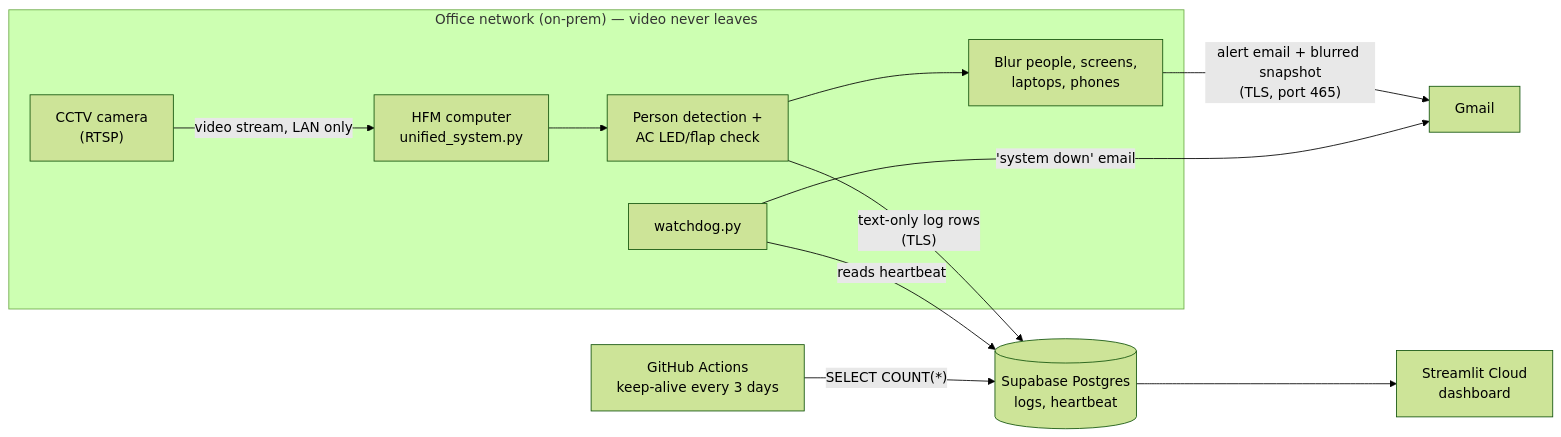
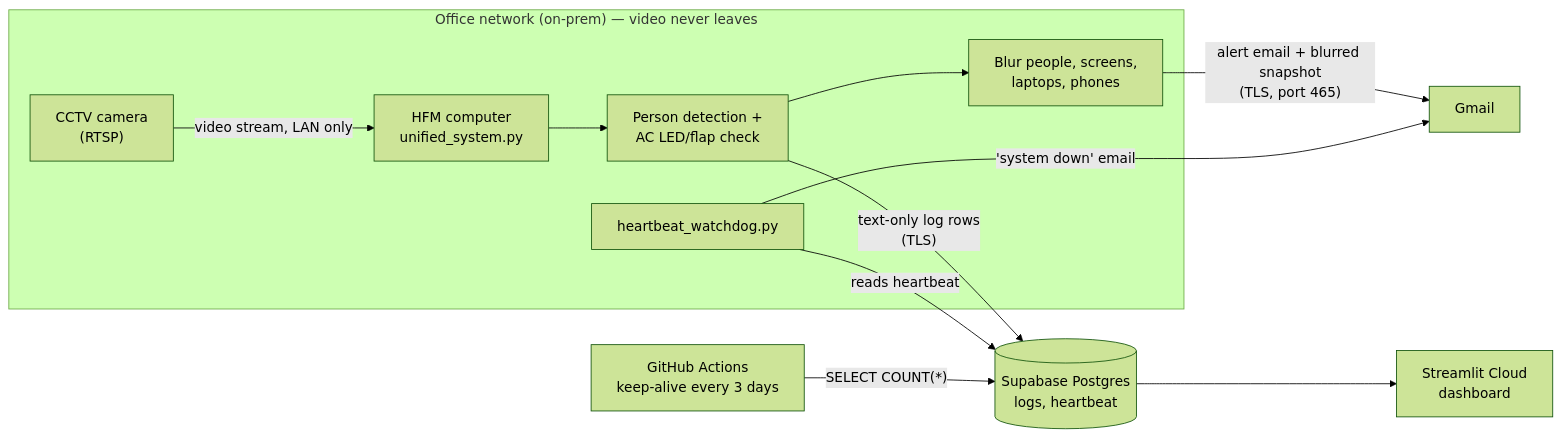
Before and after one commit to shamroze153/EnergyCam: the diagram in HANDOVER.md, drawn with Mermaid (forest theme). The commit also changed other lines of this file and 3 other files, not shown here.

First line of the commit message:
Rename watchdog.py to heartbeat_watchdog.py: it was hanging the dashboard

````diff
--- a/HANDOVER.md
+++ b/HANDOVER.md
@@ -19,15 +19,15 @@
 ```mermaid
 flowchart LR
     subgraph ONPREM["Office network (on-prem) — video never leaves"]
         CAM["CCTV camera<br/>(RTSP)"] -->|"video stream, LAN only"| PC["HFM computer<br/>unified_system.py"]
         PC --> AI["Person detection +<br/>AC LED/flap check"]
         AI --> BLUR["Blur people, screens,<br/>laptops, phones"]
-        WD["watchdog.py"]
+        WD["heartbeat_watchdog.py"]
     end
     BLUR -->|"alert email + blurred snapshot<br/>(TLS, port 465)"| GMAIL["Gmail"]
     AI -->|"text-only log rows<br/>(TLS)"| DB[("Supabase Postgres<br/>logs, heartbeat")]
     DB --> DASH["Streamlit Cloud<br/>dashboard"]
     WD -->|"reads heartbeat"| DB
     WD -->|"'system down' email"| GMAIL
     GH["GitHub Actions<br/>keep-alive every 3 days"] -->|"SELECT COUNT(*)"| DB
 ```
````
